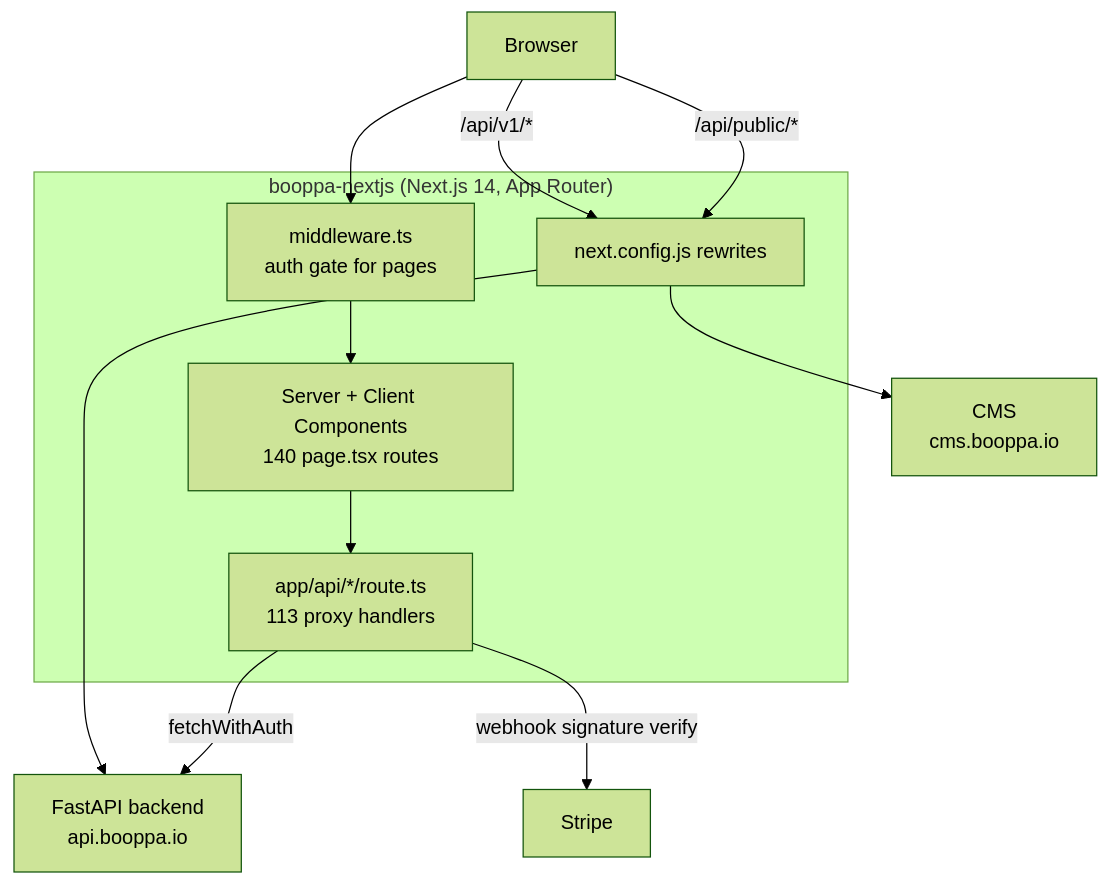
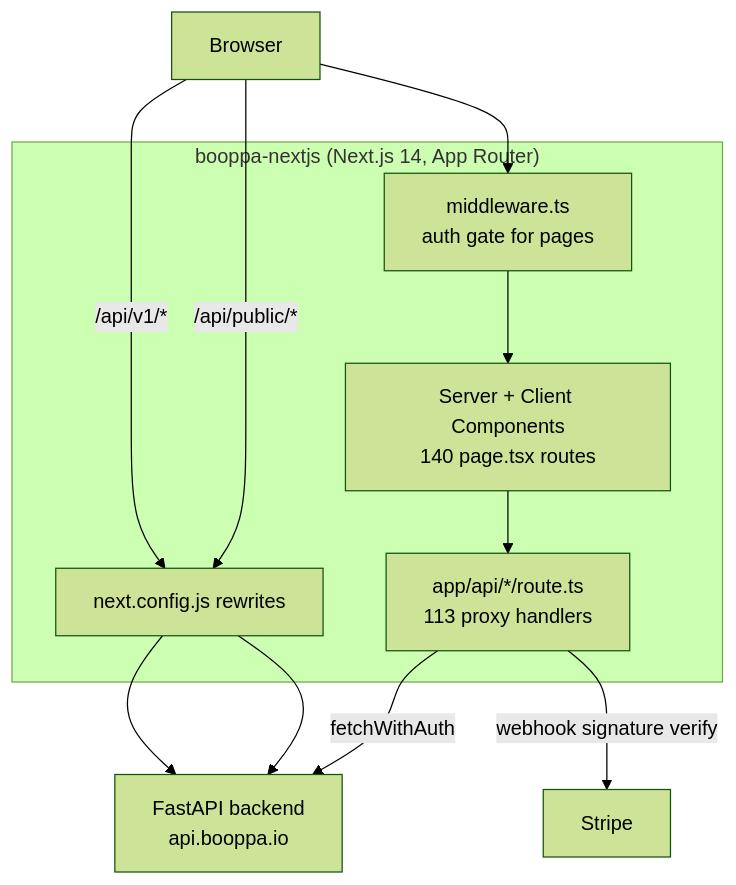
One commit to Alfred-ZinMinKhant/booppa-nextjs changed the diagram in README.md. Above: the diagram before and after it, drawn with Mermaid (forest theme). The commit also changed other lines of this file and 5 other files, not shown here.

First line of the commit message:
Drop cms.booppa.io now that the Django CMS is retired

````diff
--- a/README.md
+++ b/README.md
@@ -25,20 +25,19 @@
 ```mermaid
 flowchart TD
   Browser["Browser"]
   subgraph Next["booppa-nextjs (Next.js 14, App Router)"]
     MW["middleware.ts<br/>auth gate for pages"]
     Pages["Server + Client Components<br/>140 page.tsx routes"]
     Proxies["app/api/*/route.ts<br/>113 proxy handlers"]
     Rewrites["next.config.js rewrites"]
   end
   Backend["FastAPI backend<br/>api.booppa.io"]
-  CMS["CMS<br/>cms.booppa.io"]
   Stripe["Stripe"]
 
   Browser --> MW --> Pages
   Pages --> Proxies
   Browser -->|/api/v1/*| Rewrites --> Backend
-  Browser -->|/api/public/*| Rewrites --> CMS
+  Browser -->|/api/public/*| Rewrites --> Backend
   Proxies -->|fetchWithAuth| Backend
   Proxies -->|webhook signature verify| Stripe
 ```
````
